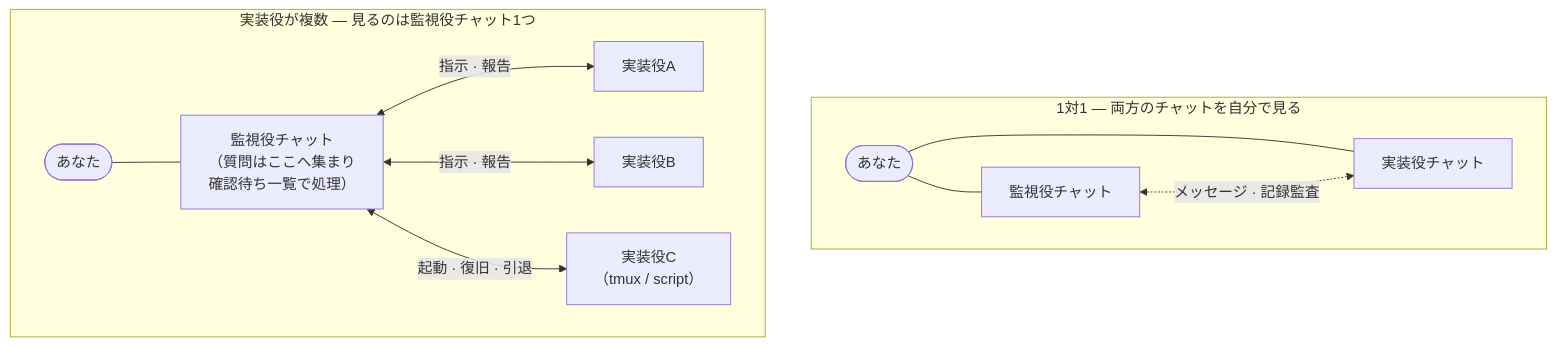
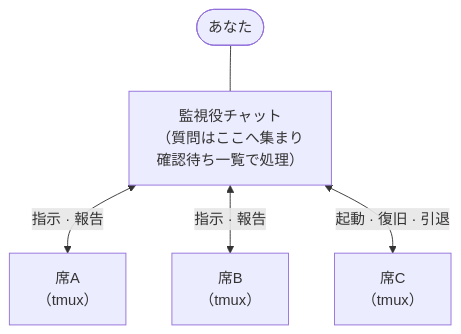
Before and after one commit to inakaegg/pair-watch: the second of 2 diagrams in README.ja.md, drawn with Mermaid. The commit also changed other lines of this file and 2 other files, not shown here.

````diff
--- a/README.ja.md
+++ b/README.ja.md
@@ -61,16 +79,7 @@
 ```mermaid
 flowchart TB
-    subgraph classic["1対1 — 両方のチャットを自分で見る"]
-        direction LR
-        U1([あなた]) --- W1["監視役チャット"]
-        U1 --- I1["実装役チャット"]
-        W1 <-.->|"メッセージ · 記録監査"| I1
-    end
-    subgraph multi["実装役が複数 — 見るのは監視役チャット1つ"]
-        direction LR
-        U2([あなた]) --- W2["監視役チャット<br/>（質問はここへ集まり<br/>確認待ち一覧で処理）"]
-        W2 <-->|"指示 · 報告"| A["実装役A"]
-        W2 <-->|"指示 · 報告"| B["実装役B"]
-        W2 <-->|"起動 · 復旧 · 引退"| C["実装役C<br/>（tmux / script）"]
-    end
+    U([あなた]) --- W["監視役チャット<br/>（質問はここへ集まり<br/>確認待ち一覧で処理）"]
+    W <-->|"指示 · 報告"| A["席A<br/>（tmux）"]
+    W <-->|"指示 · 報告"| B["席B<br/>（tmux）"]
+    W <-->|"起動 · 復旧 · 引退"| C["席C<br/>（tmux）"]
 ```
````
